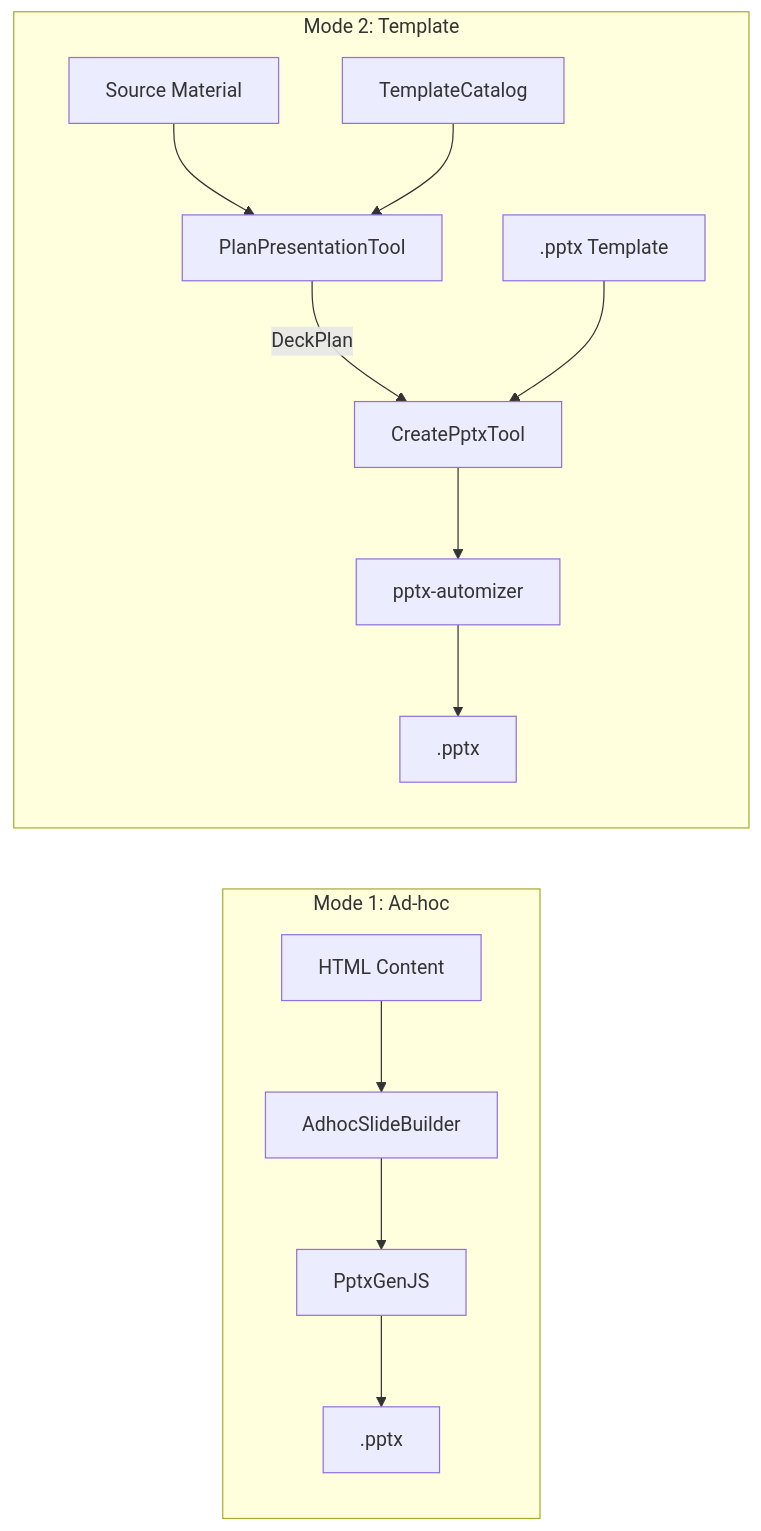
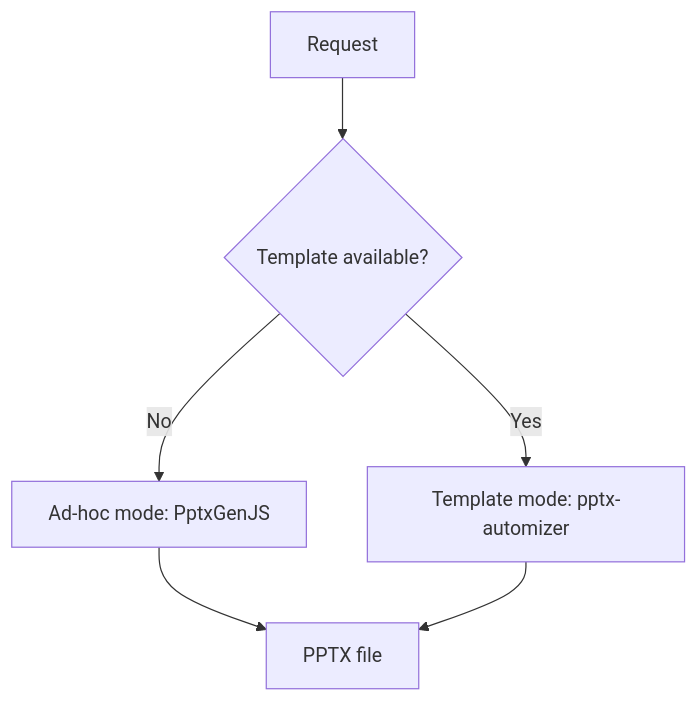
One commit to eshyun/obsilo changed the diagram in docs/dev/office-pipeline.md. Above: the diagram before and after it, drawn with Mermaid. The commit also changed other lines of this file and 40 other files, not shown here.

````diff
--- a/docs/dev/office-pipeline.md
+++ b/docs/dev/office-pipeline.md
@@ -12,17 +18,8 @@
 ```mermaid
-graph LR
-    subgraph "Mode 1: Ad-hoc"
-        HTML[HTML Content] --> ASB[AdhocSlideBuilder]
-        ASB --> PG[PptxGenJS]
-        PG --> PPTX1[.pptx]
-    end
-
-    subgraph "Mode 2: Template"
-        Source[Source Material] --> PPT[PlanPresentationTool]
-        PPT --> |DeckPlan| CPT[CreatePptxTool]
-        TC[TemplateCatalog] --> PPT
-        TPL[.pptx Template] --> CPT
-        CPT --> PA[pptx-automizer]
-        PA --> PPTX2[.pptx]
-    end
+flowchart TD
+    R[Request] --> D{Template available?}
+    D -->|No| A[Ad-hoc mode: PptxGenJS]
+    D -->|Yes| T[Template mode: pptx-automizer]
+    A --> F[PPTX file]
+    T --> F
 ```
````
